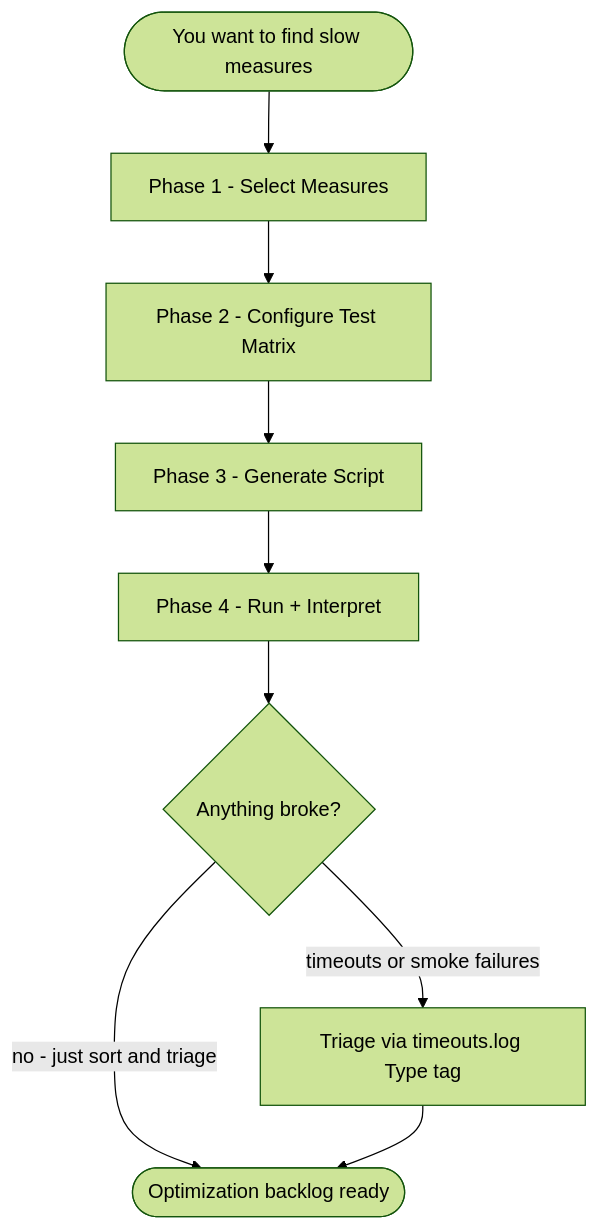
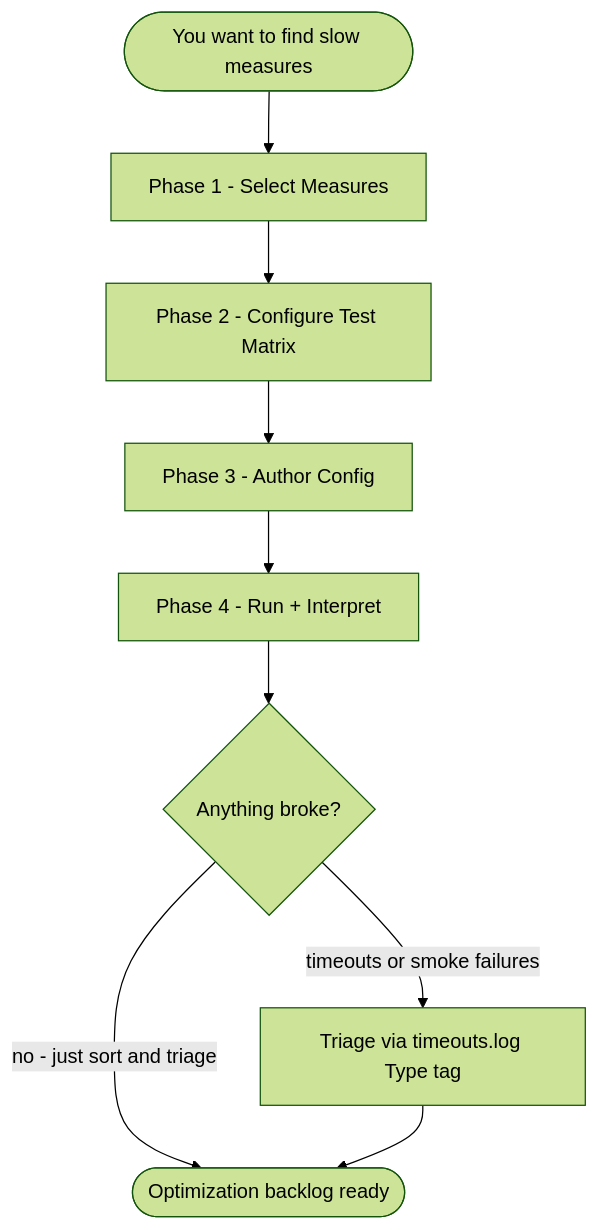
The third of 3 diagrams in docs/guides/measure-benchmarking-developer-guide.md (David-E-Kay/power-bi-assistant), drawn with Mermaid (forest theme) before and after one commit. The commit also changed other lines of this file and 46 other files, not shown here.

````diff
--- a/docs/guides/measure-benchmarking-developer-guide.md
+++ b/docs/guides/measure-benchmarking-developer-guide.md
@@ -201,11 +194,11 @@
 ```mermaid
 flowchart TD
     Start(["You want to find slow measures"]) --> P1["Phase 1 - Select Measures"]
     P1 --> P2["Phase 2 - Configure Test Matrix"]
-    P2 --> P3["Phase 3 - Generate Script"]
+    P2 --> P3["Phase 3 - Author Config"]
     P3 --> P4["Phase 4 - Run + Interpret"]
     P4 --> P4D{"Anything broke?"}
     P4D -->|"no - just sort and triage"| Done(["Optimization backlog ready"])
     P4D -->|"timeouts or smoke failures"| Tri["Triage via timeouts.log Type tag"]
     Tri --> Done
 ```
````
